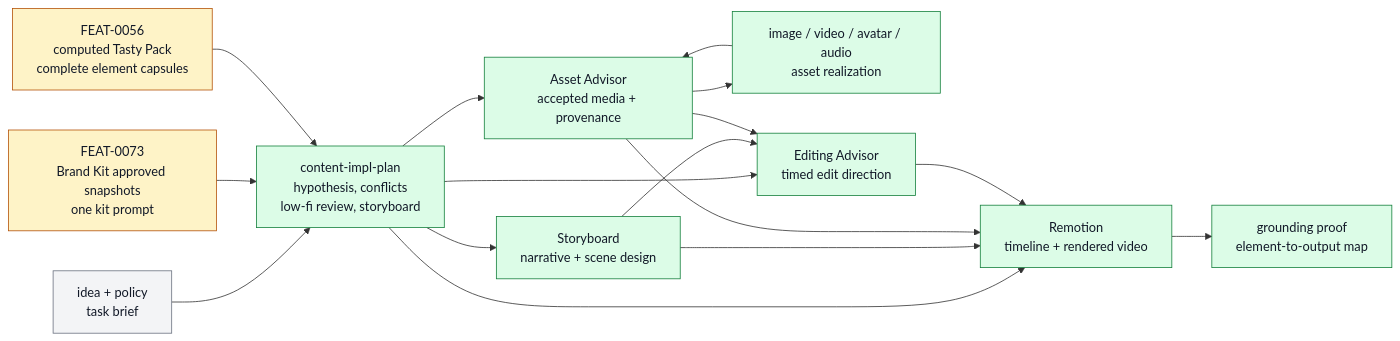
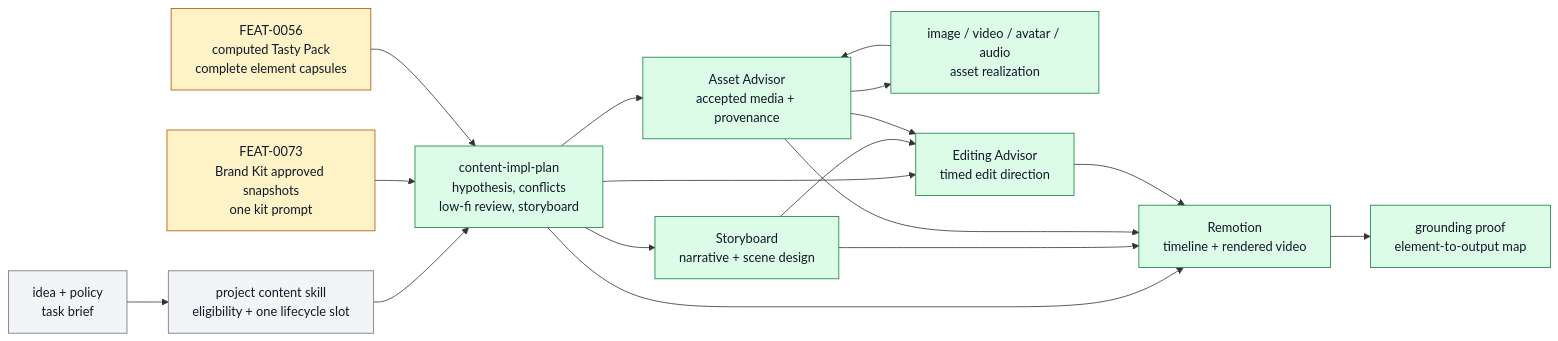
The diagram in docs/systems/content-production.md (ZanarkandTechnologies/Farplane), drawn with Mermaid before and after one commit. The commit also changed other lines of this file and 16 other files, not shown here.

Commit message:
feat(content): enforce lifecycle admission and owner programs

````diff
--- a/docs/systems/content-production.md
+++ b/docs/systems/content-production.md
@@ -118,33 +129,35 @@
 ```mermaid
 flowchart LR
   classDef keep fill:#f3f4f6,stroke:#6b7280,color:#111827
   classDef changed fill:#fef3c7,stroke:#b45309,color:#111827
   classDef added fill:#dcfce7,stroke:#15803d,color:#111827
 
   idea["idea + policy<br/>task brief"]:::keep
+  admission["project content skill<br/>eligibility + one lifecycle slot"]:::keep
   kit["FEAT-0073<br/>Brand Kit approved snapshots<br/>one kit prompt"]:::changed
   tasty["FEAT-0056<br/>computed Tasty Pack<br/>complete element capsules"]:::changed
   plan["content-impl-plan<br/>hypothesis, conflicts<br/>low-fi review, storyboard"]:::added
   storyboard["Storyboard<br/>narrative + scene design"]:::added
   assets["Asset Advisor<br/>accepted media + provenance"]:::added
   generation["image / video / avatar / audio<br/>asset realization"]:::added
   edit["Editing Advisor<br/>timed edit direction"]:::added
   render["Remotion<br/>timeline + rendered video"]:::added
   proof["grounding proof<br/>element-to-output map"]:::added
 
-  idea --> plan
+  idea --> admission
+  admission --> plan
   kit --> plan
   tasty --> plan
   plan --> storyboard
   plan --> assets
   assets --> generation
   generation --> assets
   plan --> edit
   storyboard --> edit
   assets --> edit
   plan --> render
   storyboard --> render
   assets --> render
   edit --> render
   render --> proof
 ```
````
